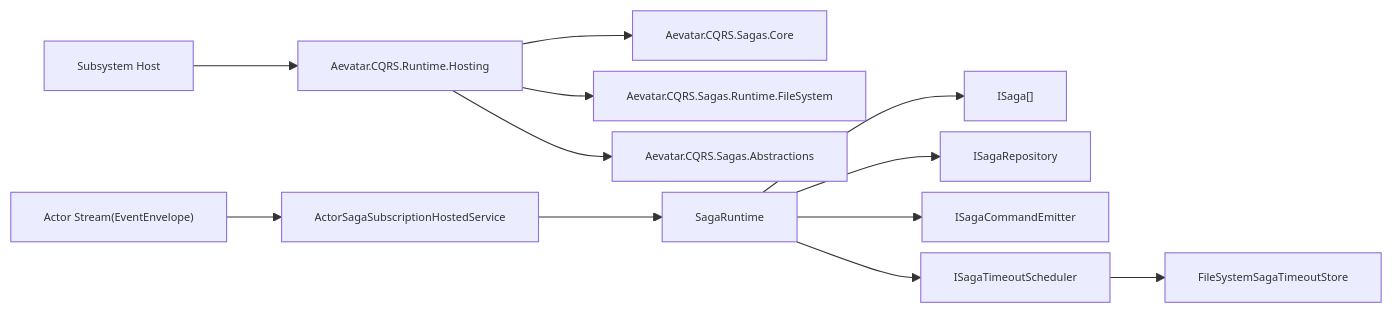
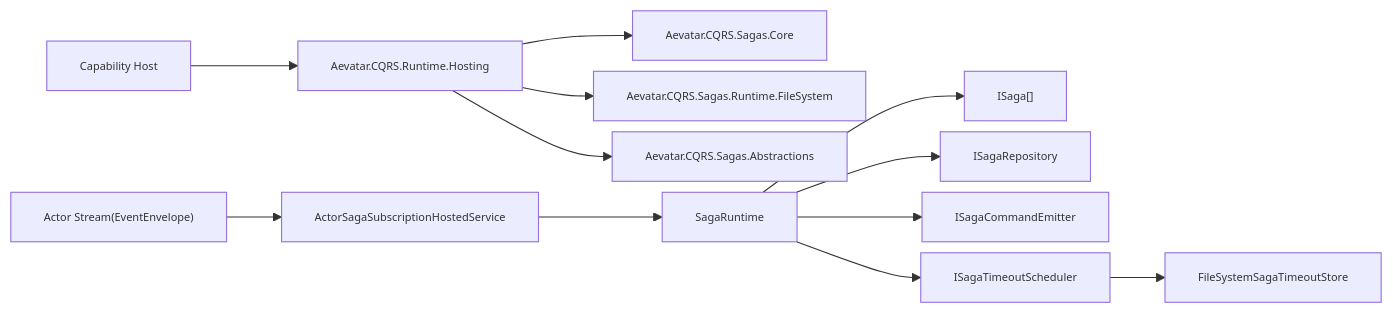
Before and after one commit to aevatarAI/aevatar: the first of 3 diagrams in docs/SAGA_ARCHITECTURE.md, drawn with Mermaid. The commit also changed other lines of this file and 87 other files, not shown here.

First line of the commit message:
Refactor Aevatar architecture to integrate Mainnet capabilities

````diff
--- a/docs/SAGA_ARCHITECTURE.md
+++ b/docs/SAGA_ARCHITECTURE.md
@@ -31,16 +31,16 @@
 ```mermaid
 %%{init: {"maxTextSize": 100000, "flowchart": {"useMaxWidth": false, "nodeSpacing": 10, "rankSpacing": 50}, "themeVariables": {"fontSize": "10px"}}}%%
 flowchart LR
-  Host["Subsystem Host"] --> RH["Aevatar.CQRS.Runtime.Hosting"]
+  Host["Capability Host"] --> RH["Aevatar.CQRS.Runtime.Hosting"]
   RH --> SC["Aevatar.CQRS.Sagas.Core"]
   RH --> SF["Aevatar.CQRS.Sagas.Runtime.FileSystem"]
   RH --> RA["Aevatar.CQRS.Sagas.Abstractions"]
 
   Actor["Actor Stream(EventEnvelope)"] --> Sub["ActorSagaSubscriptionHostedService"]
   Sub --> Rt["SagaRuntime"]
   Rt --> Saga["ISaga[]"]
   Rt --> Repo["ISagaRepository"]
   Rt --> Emit["ISagaCommandEmitter"]
   Rt --> Timeout["ISagaTimeoutScheduler"]
   Timeout --> TimeoutStore["FileSystemSagaTimeoutStore"]
 ```
````
